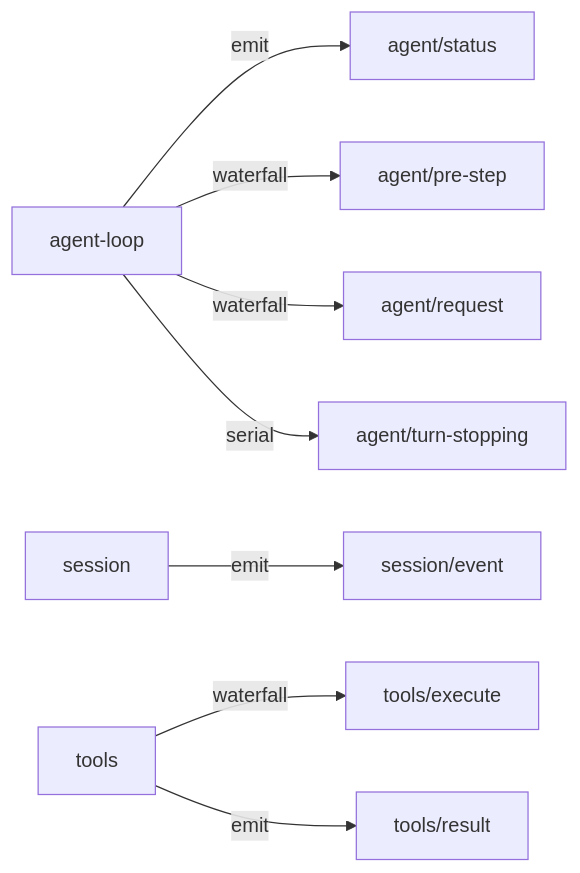
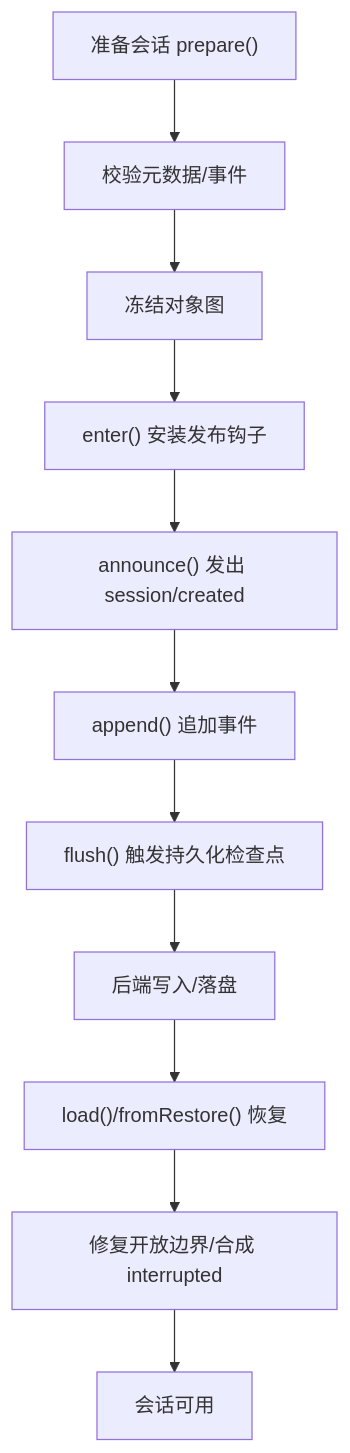
Before and after one commit to gongzili456/deepseek-harness: the fifth of 8 diagrams in .qoder/repowiki/zh/content/核心概念/核心概念.md, drawn with Mermaid. The commit also changed other lines of this file and 1001 other files, not shown here.

````diff
--- a/.qoder/repowiki/zh/content/核心概念/核心概念.md
+++ b/.qoder/repowiki/zh/content/核心概念/核心概念.md
@@ -258,10 +264,13 @@
 ```mermaid
-graph LR
-A["agent-loop"] --> |emit| B["agent/status"]
-A --> |waterfall| C["agent/pre-step"]
-A --> |waterfall| D["agent/request"]
-A --> |serial| E["agent/turn-stopping"]
-F["session"] --> |emit| G["session/event"]
-H["tools"] --> |waterfall| I["tools/execute"]
-H --> |emit| J["tools/result"]
+flowchart TD
+Create["准备会话 prepare()"] --> Validate["校验元数据/事件"]
+Validate --> Freeze["冻结对象图"]
+Freeze --> Publish["enter() 安装发布钩子"]
+Publish --> Announce["announce() 发出 session/created"]
+Announce --> Append["append() 追加事件"]
+Append --> Flush["flush() 触发持久化检查点"]
+Flush --> Persist["后端写入/落盘"]
+Persist --> Resume["load()/fromRestore() 恢复"]
+Resume --> Repair["修复开放边界/合成 interrupted"]
+Repair --> Ready["会话可用"]
 ```
````
